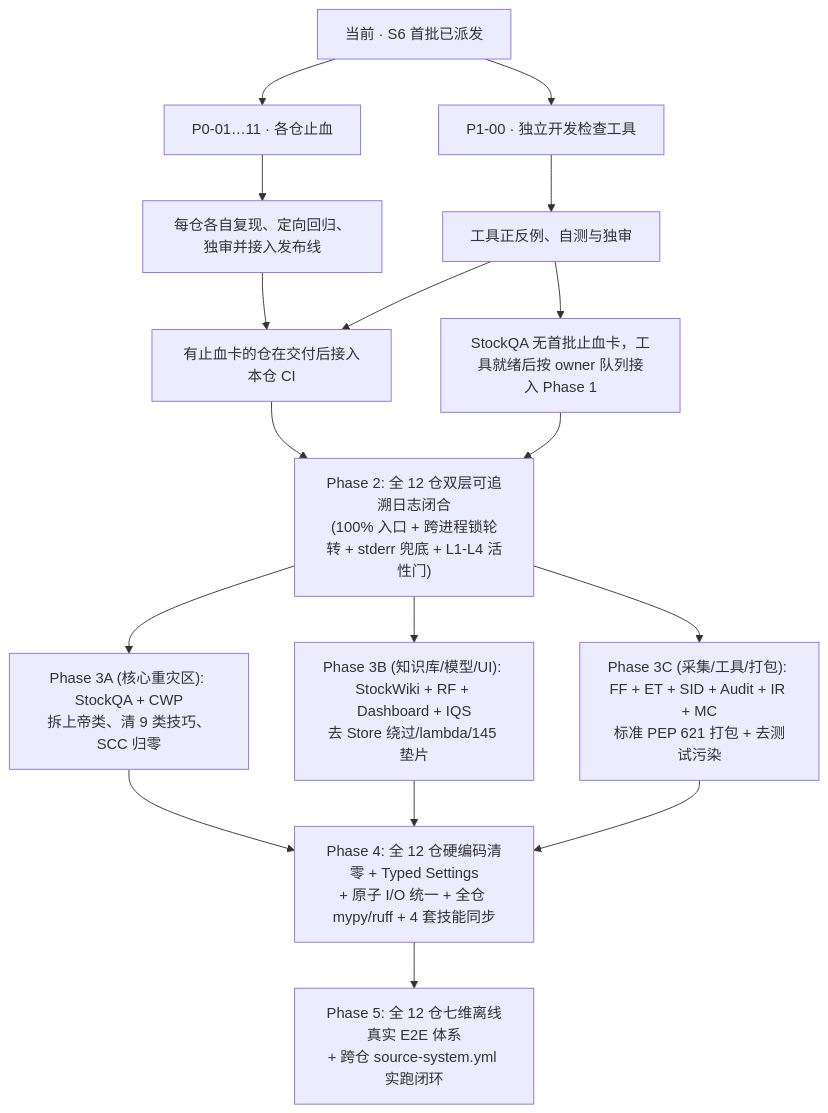
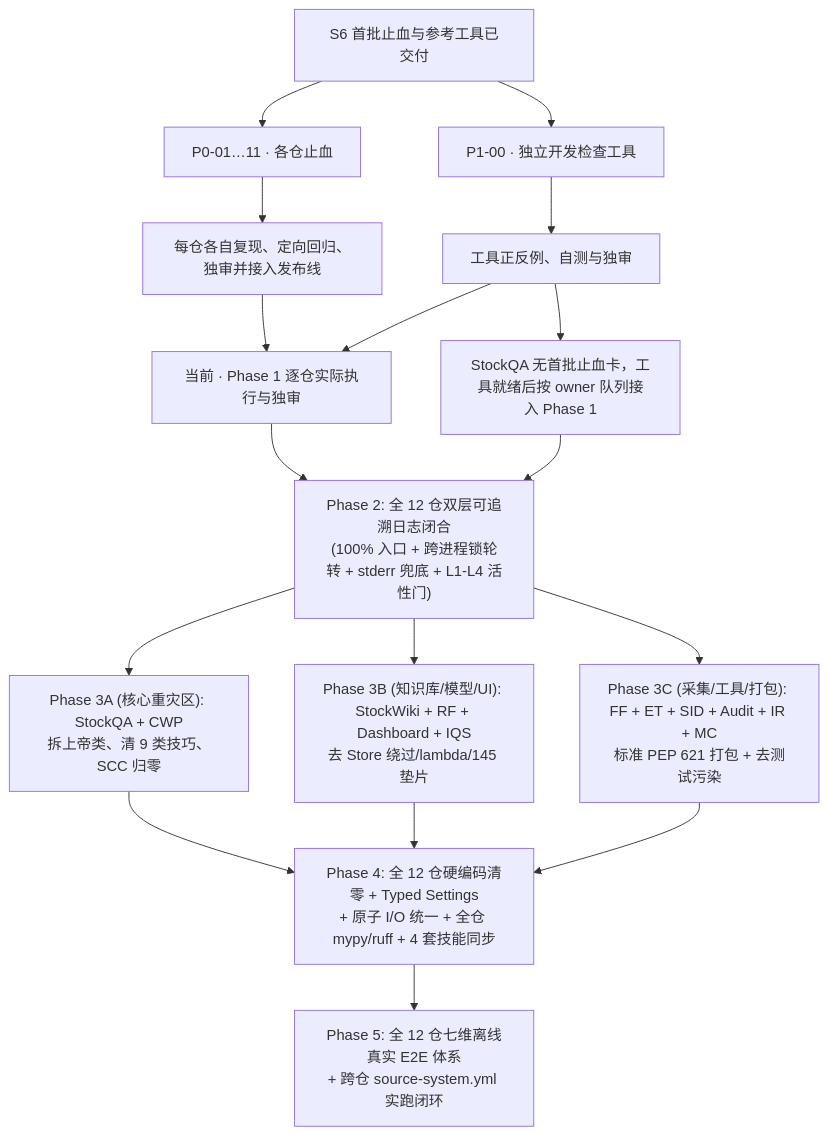
The diagram in docs/plans/ecosystem-quality-audit-2026-11-27/task_plan.md (zhengcb81/company-wiki), drawn with Mermaid before and after one commit. The commit also changed other lines of this file and 4 other files, not shown here.

````diff
--- a/docs/plans/ecosystem-quality-audit-2026-11-27/task_plan.md
+++ b/docs/plans/ecosystem-quality-audit-2026-11-27/task_plan.md
@@ -25,19 +25,19 @@
 ```mermaid
 flowchart TD
-  Start["当前 · S6 首批已派发"] --> P0["P0-01…11 · 各仓止血"]
+  Start["S6 首批止血与参考工具已交付"] --> P0["P0-01…11 · 各仓止血"]
   Start --> P10["P1-00 · 独立开发检查工具"]
   P0 --> A["每仓各自复现、定向回归、独审并接入发布线"]
   P10 --> B["工具正反例、自测与独审"]
-  A --> P1["有止血卡的仓在交付后接入本仓 CI"]
+  A --> P1["当前 · Phase 1 逐仓实际执行与独审"]
   B --> P1
   B --> QA["StockQA 无首批止血卡，工具就绪后按 owner 队列接入 Phase 1"]
   P1 --> P2["Phase 2: 全 12 仓双层可追溯日志闭合<br/>(100% 入口 + 跨进程锁轮转 + stderr 兜底 + L1-L4 活性门)"]
   QA --> P2
   P2 --> P3A["Phase 3A (核心重灾区): StockQA + CWP<br/>拆上帝类、清 9 类技巧、SCC 归零"]
   P2 --> P3B["Phase 3B (知识库/模型/UI): StockWiki + RF + Dashboard + IQS<br/>去 Store 绕过/lambda/145 垫片"]
   P2 --> P3C["Phase 3C (采集/工具/打包): FF + ET + SID + Audit + IR + MC<br/>标准 PEP 621 打包 + 去测试污染"]
   P3A --> P4["Phase 4: 全 12 仓硬编码清零 + Typed Settings<br/>+ 原子 I/O 统一 + 全仓 mypy/ruff + 4 套技能同步"]
   P3B --> P4
   P3C --> P4
   P4 --> P5["Phase 5: 全 12 仓七维离线真实 E2E 体系<br/>+ 跨仓 source-system.yml 实跑闭环"]
 ```
````
